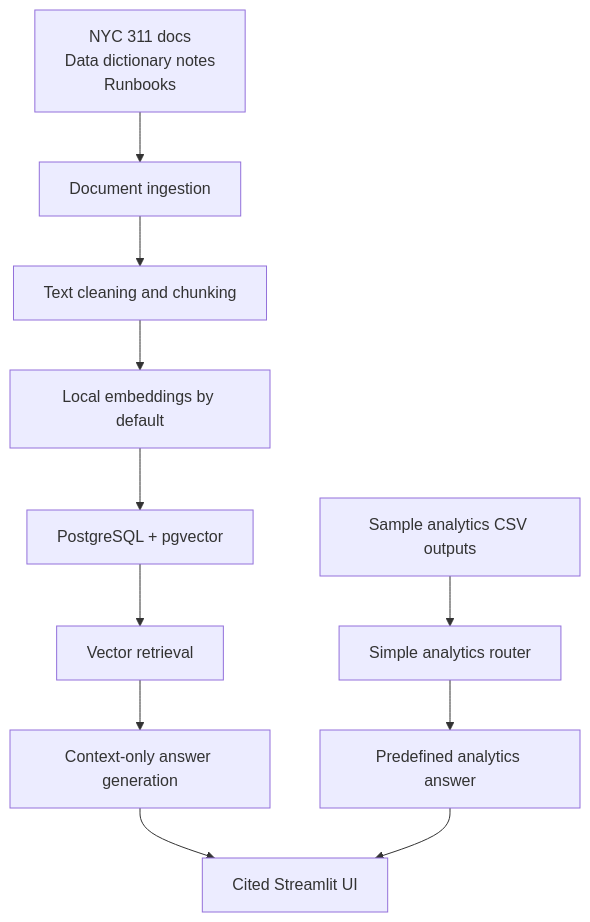
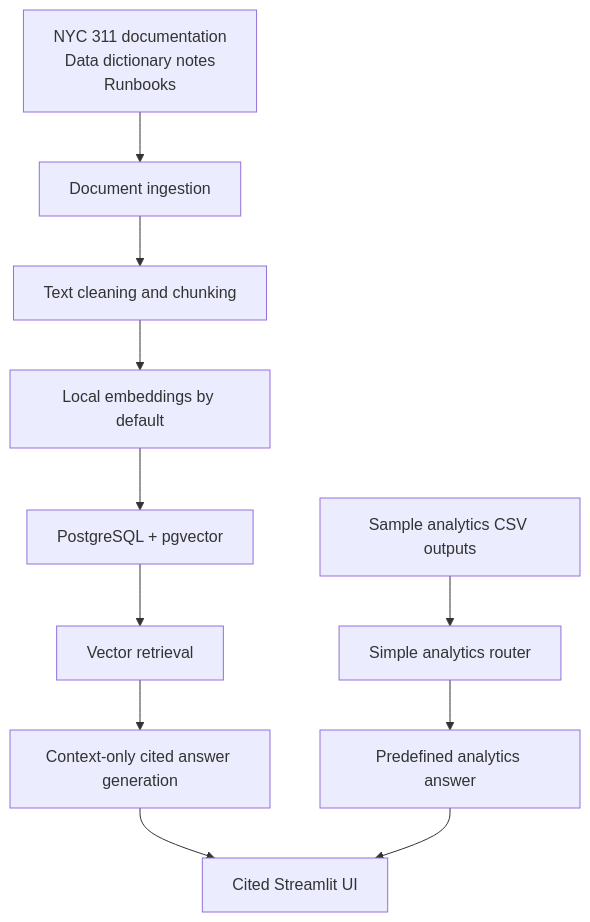
Before and after one commit to rihua-tech/civiclens-rag-nyc311: the diagram in README.md, drawn with Mermaid. The commit also changed other lines of this file and 1 other file, not shown here.

Commit message:
Refine hybrid RAG architecture docs

````diff
--- a/README.md
+++ b/README.md
@@ -23,17 +23,17 @@
 ```mermaid
 flowchart TD
-    docs["NYC 311 docs<br/>Data dictionary notes<br/>Runbooks"]
+    docs["NYC 311 documentation<br/>Data dictionary notes<br/>Runbooks"]
     sampleAnalytics["Sample analytics CSV outputs"]
 
     docs --> ingestion["Document ingestion"]
     ingestion --> chunking["Text cleaning and chunking"]
     chunking --> embeddings["Local embeddings by default"]
     embeddings --> pgvector["PostgreSQL + pgvector"]
     pgvector --> retrieval["Vector retrieval"]
-    retrieval --> answer["Context-only answer generation"]
+    retrieval --> answer["Context-only cited answer generation"]
     answer --> ui["Cited Streamlit UI"]
 
     sampleAnalytics --> analyticsRouter["Simple analytics router"]
     analyticsRouter --> analyticsAnswer["Predefined analytics answer"]
     analyticsAnswer --> ui
 ```
````
